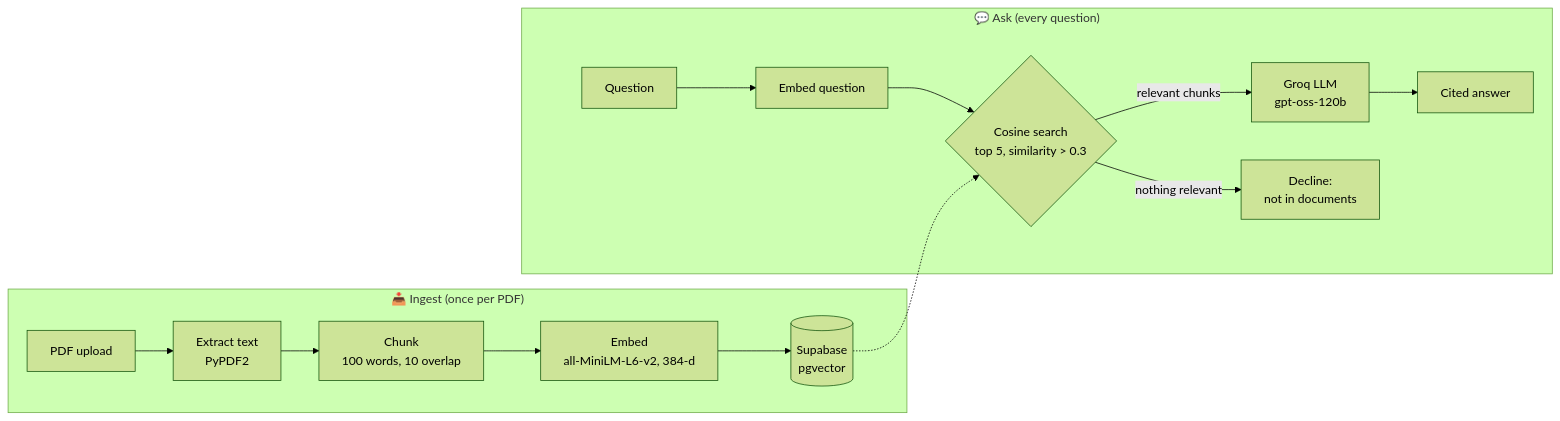
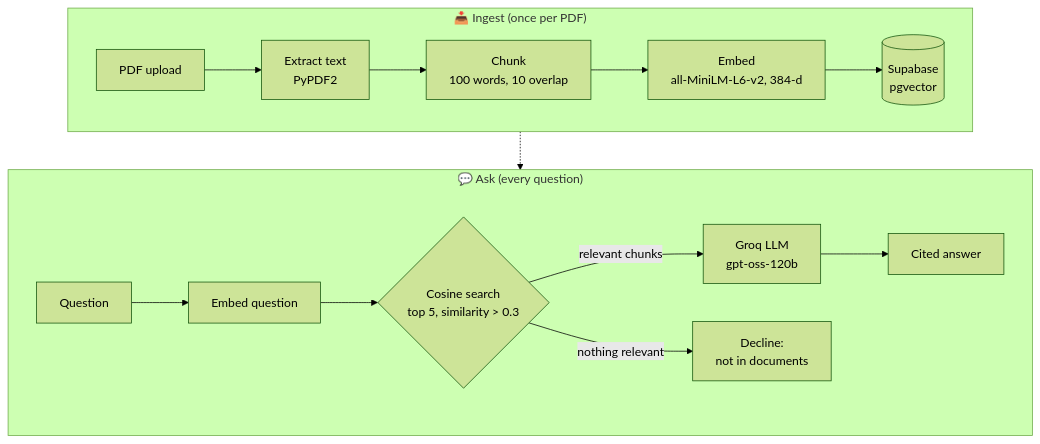
Before and after one commit to Anikate001/DocuMind-rag-chatbot: the diagram in README.md, drawn with Mermaid (forest theme).

Commit message:
README: stack the pipeline diagram vertically so it reads at full width
Claude-Session: https://claude.ai/code/session_01Qp39oAMDEYsXdpXFr2vu4j

````diff
--- a/README.md
+++ b/README.md
@@ -34,17 +34,19 @@
 ```mermaid
-flowchart LR
+flowchart TB
     subgraph Ingest["📥 Ingest (once per PDF)"]
+        direction LR
         A[PDF upload] --> B[Extract text<br/>PyPDF2]
         B --> C[Chunk<br/>100 words, 10 overlap]
         C --> D[Embed<br/>all-MiniLM-L6-v2, 384-d]
         D --> E[(Supabase<br/>pgvector)]
     end
     subgraph Ask["💬 Ask (every question)"]
+        direction LR
         Q[Question] --> QE[Embed question]
         QE --> S{Cosine search<br/>top 5, similarity > 0.3}
         E -.-> S
         S -- relevant chunks --> L[Groq LLM<br/>gpt-oss-120b]
         S -- nothing relevant --> R[Decline:<br/>not in documents]
         L --> ANS[Cited answer]
     end
 ```
````
